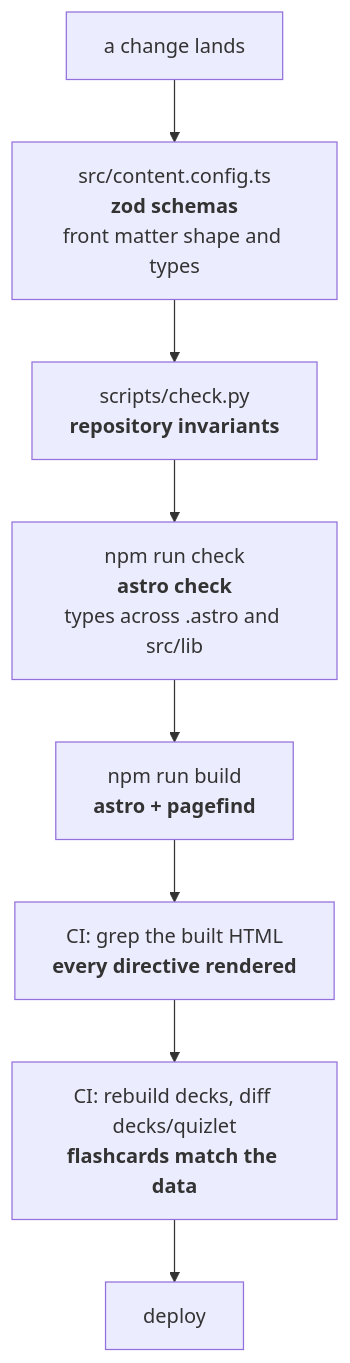
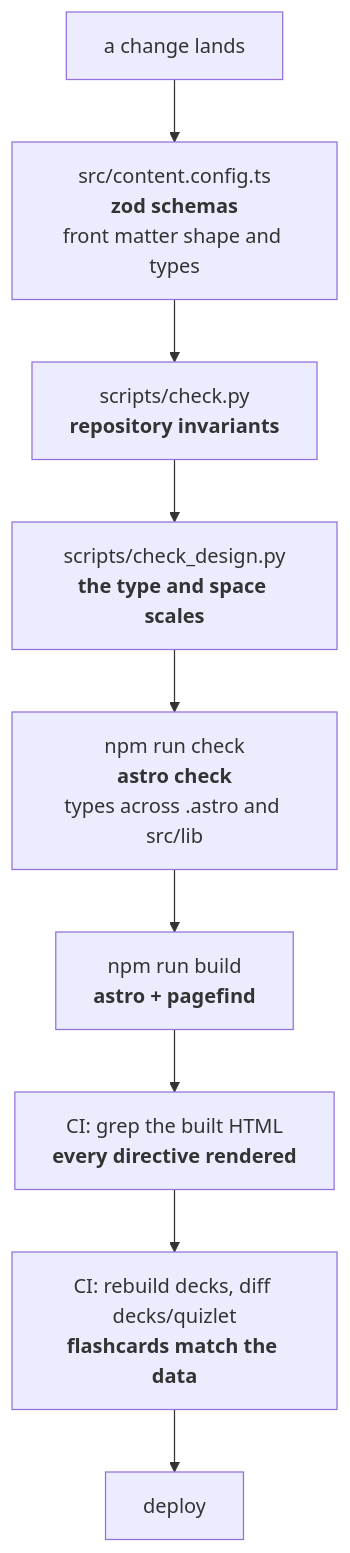
One commit to ivan-stetsiuk/armenian-knowledgebase changed the fourth of 4 diagrams in ARCHITECTURE.md. Above: the diagram before and after it, drawn with Mermaid. The commit also changed other lines of this file and 25 other files, not shown here.

````diff
--- a/ARCHITECTURE.md
+++ b/ARCHITECTURE.md
@@ -146,10 +146,11 @@
 ```mermaid
 flowchart TD
     edit["a change lands"] --> zod
     zod["src/content.config.ts<br/><b>zod schemas</b><br/>front matter shape and types"] --> check
-    check["scripts/check.py<br/><b>repository invariants</b>"] --> tsc
+    check["scripts/check.py<br/><b>repository invariants</b>"] --> design
+    design["scripts/check_design.py<br/><b>the type and space scales</b>"] --> tsc
     tsc["npm run check<br/><b>astro check</b><br/>types across .astro and src/lib"] --> build
     build["npm run build<br/><b>astro + pagefind</b>"] --> markup
     markup["CI: grep the built HTML<br/><b>every directive rendered</b>"] --> freshness
     freshness["CI: rebuild decks, diff decks/quizlet<br/><b>flashcards match the data</b>"] --> deploy["deploy"]
 ```
````
